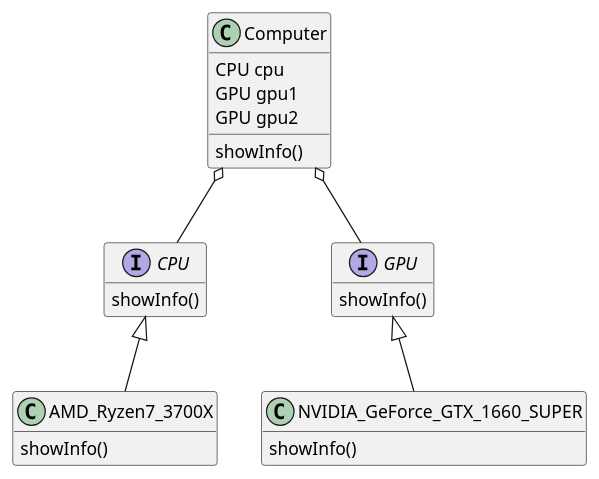
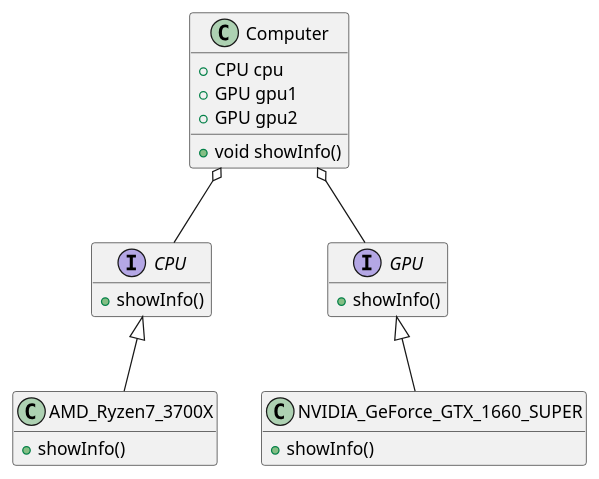
Before and after one commit to gama79530/DesignPattern: the diagram in StrategyPattern/example.puml, drawn with PlantUML. The commit also changed 16 other files, not shown here.

```diff
--- a/StrategyPattern/example.puml
+++ b/StrategyPattern/example.puml
@@ -1,33 +1,33 @@
 @startuml example
 hide empty members
 
 Class Computer{
-    CPU cpu
-    GPU gpu1
-    GPU gpu2
-    showInfo()
+    + CPU cpu
+    + GPU gpu1
+    + GPU gpu2
+    + void showInfo()
 }
 
 interface CPU{
-    showInfo()
+    + showInfo()
 }
 
 interface GPU{
-    showInfo()
+    + showInfo()
 }
 
 class AMD_Ryzen7_3700X{
-    showInfo()
+    + showInfo()
 }
 
 class NVIDIA_GeForce_GTX_1660_SUPER{
-    showInfo()
+    + showInfo()
 }
 
 Computer o-- CPU
 Computer o-- GPU
 
 CPU <|-- AMD_Ryzen7_3700X
 GPU <|-- NVIDIA_GeForce_GTX_1660_SUPER
 
 @enduml
```
